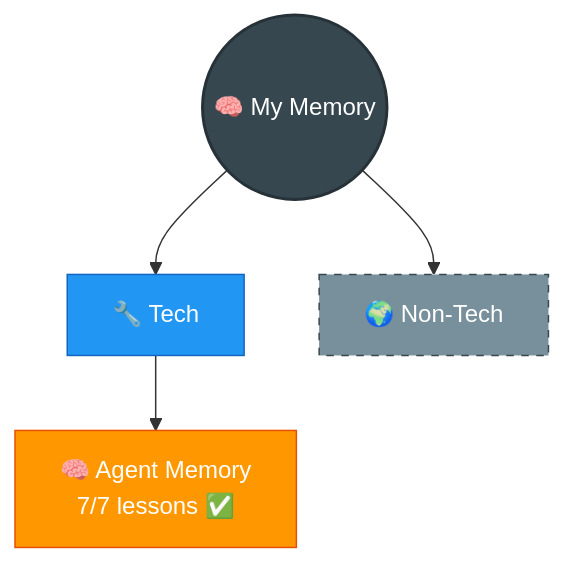
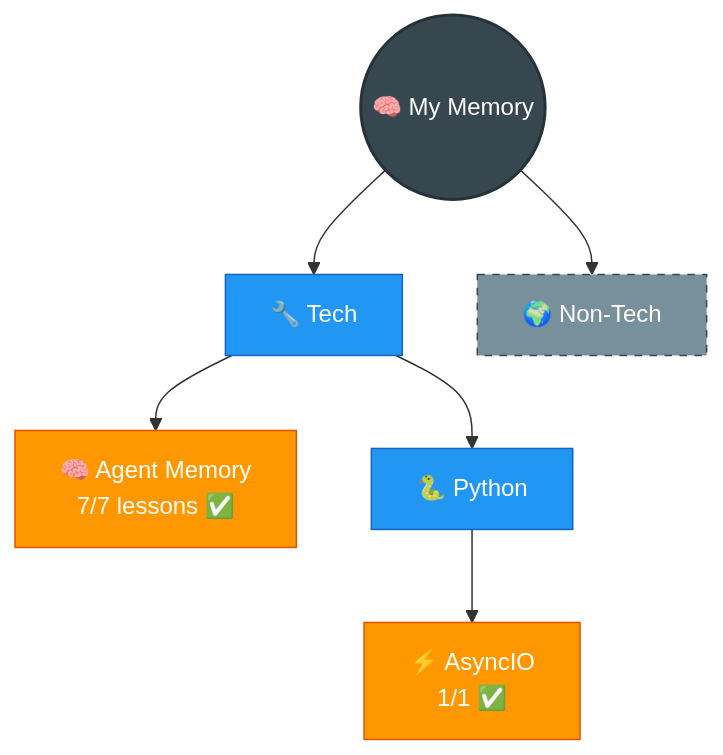
Before and after one commit to AyushSonuu/my-memory: the diagram in README.md, drawn with Mermaid. The commit also changed other lines of this file and 7 other files, not shown here.

Commit message:
🗺️ full Tier 2 sync: all maps, READMEs, timeline, connections — 2 topics, GitHub Pages ready

````diff
--- a/README.md
+++ b/README.md
@@ -9,13 +9,17 @@
 ```mermaid
 graph TB
     ROOT(("🧠 My Memory"))
     ROOT --> TECH["🔧 Tech"]
     ROOT --> NT["🌍 Non-Tech"]
     
     TECH --> AM["🧠 Agent Memory<br/>7/7 lessons ✅"]
+    TECH --> PY["🐍 Python"]
+    PY --> AIO["⚡ AsyncIO<br/>1/1 ✅"]
 
     style ROOT fill:#37474f,color:#fff,stroke:#263238,stroke-width:2px
     style TECH fill:#2196f3,color:#fff,stroke:#1565c0
     style NT fill:#78909c,color:#fff,stroke:#37474f,stroke-dasharray: 5 5
     style AM fill:#ff9800,color:#fff,stroke:#e65100
+    style PY fill:#2196f3,color:#fff,stroke:#1565c0
+    style AIO fill:#ff9800,color:#fff,stroke:#e65100
 ```
````
